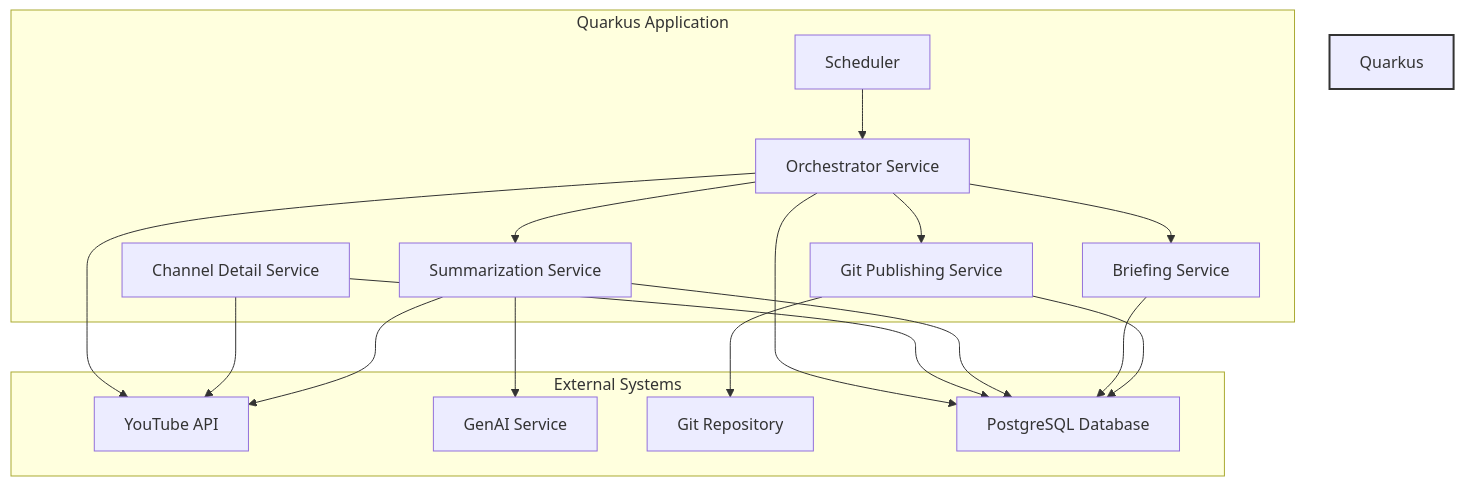
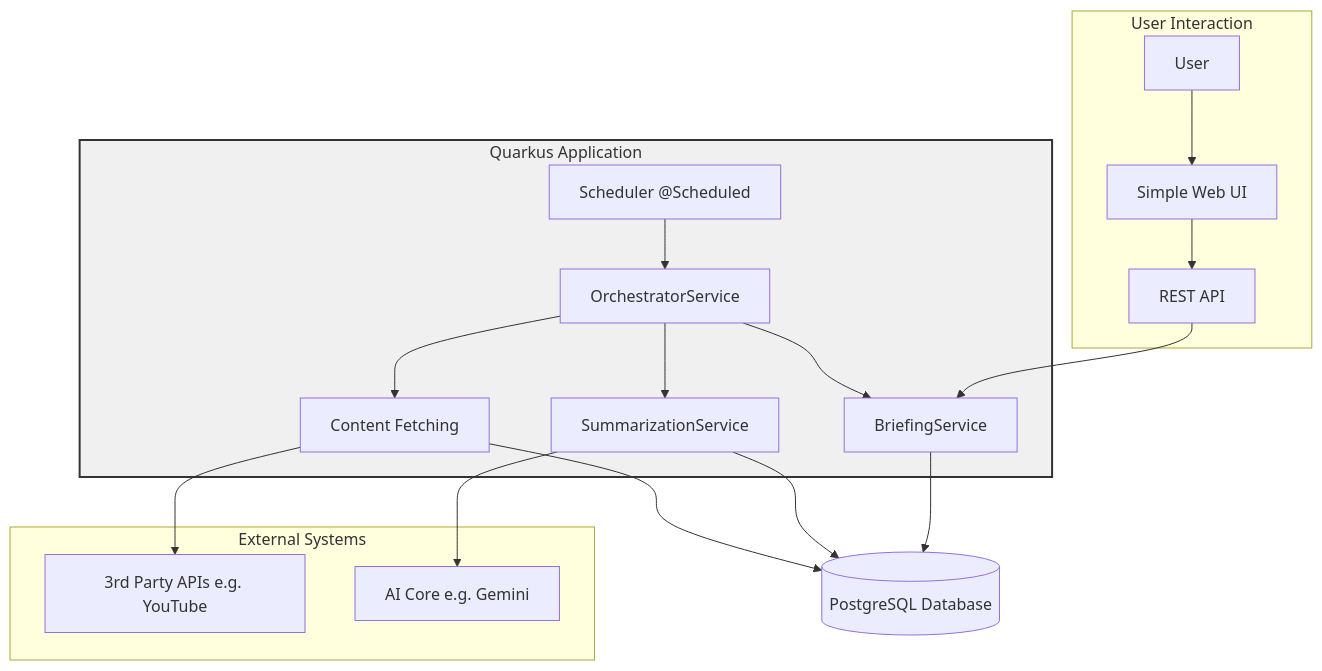
Before and after one commit to sjuresa/povzetkar: the diagram in docs/overview/architecture_overview.md, drawn with Mermaid. The commit also changed other lines of this file and 10 other files, not shown here.

````diff
--- a/docs/overview/architecture_overview.md
+++ b/docs/overview/architecture_overview.md
@@ -17,31 +23,28 @@
 ```mermaid
 graph TD
-    subgraph Quarkus Application
-        A[Scheduler] --> B[Orchestrator Service];
-        C[Channel Detail Service];
-        B --> D[Summarization Service];
-        B --> E[Briefing Service];
-        B --> F[Git Publishing Service];
+    subgraph "User Interaction"
+        User --> UI[Simple Web UI]
+        UI --> API[REST API]
     end
 
-    subgraph External Systems
-        G[YouTube API]
-        I[GenAI Service]
-        J[Git Repository]
-        H[PostgreSQL Database]
+    subgraph quarkus_app ["Quarkus Application"]
+        Scheduler[Scheduler @Scheduled] --> Orchestrator[OrchestratorService]
+        Orchestrator --> ContentFetcher[Content Fetching]
+        Orchestrator --> Summarizer[SummarizationService]
+        Orchestrator --> BriefingGen[BriefingService]
+        API --> BriefingGen
     end
 
-    B --> G;
-    C --> G;
-    D --> G;
-    D --> I;
-    F --> J;
+    subgraph "External Systems"
+        ExtAPI[3rd Party APIs e.g. YouTube]
+        GenAI[AI Core e.g. Gemini]
+    end
 
-    B --> H;
-    C --> H;
-    D --> H;
-    E --> H;
-    F --> H;
+    DB[(PostgreSQL Database)]
 
-    style Quarkus Application fill:#f9f,stroke:#333,stroke-width:2px
+    ContentFetcher --> ExtAPI & DB
+    Summarizer --> GenAI & DB
+    BriefingGen --> DB
+
+    style quarkus_app fill:#f0f0f0,stroke:#333,stroke-width:2px
 ```
````
